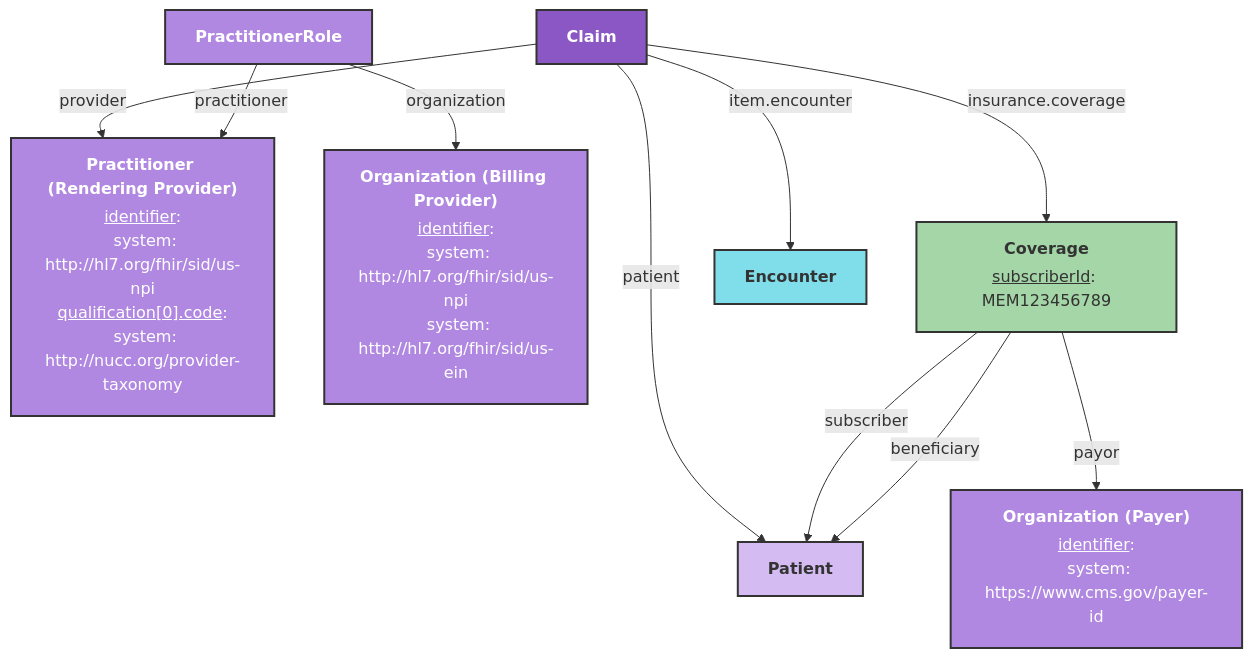
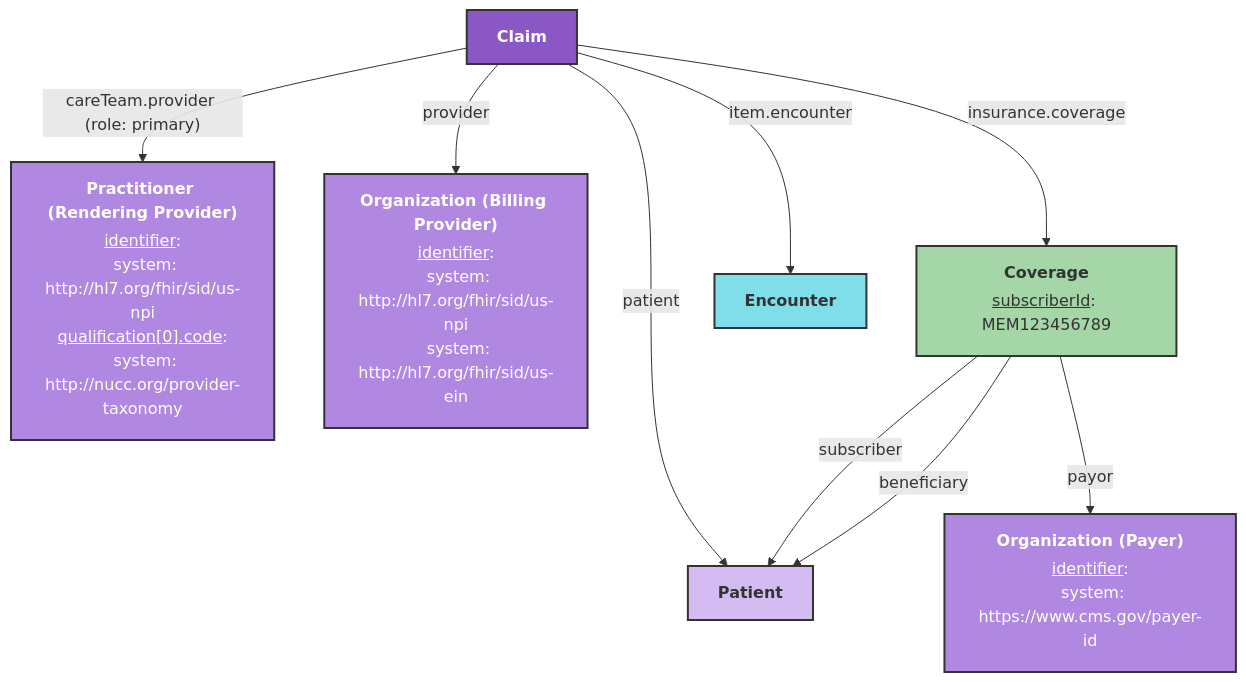
Before and after one commit to medplum/medplum: the diagram in packages/docs/docs/integration/candid/claim-submission.md, drawn with Mermaid. The commit also changed other lines of this file and 1 other file, not shown here.

Commit message:
Update Candid claims billing docs

````diff
--- a/packages/docs/docs/integration/candid/claim-submission.md
+++ b/packages/docs/docs/integration/candid/claim-submission.md
@@ -13,44 +13,39 @@
 ```mermaid
 flowchart TD
     Claim["<div style='text-align: center;'><strong>Claim</strong></div>"]
 
     Patient["<div style='text-align: center;'><strong>Patient</strong></div>"]
 
     Practitioner["<div style='text-align: center;'><strong>Practitioner (Rendering Provider)</strong></div><div style='border: 1px solid #333; padding: 4px; margin: 4px;'><u>identifier</u>:<br>  system: http://hl7.org/fhir/sid/us-npi<br><u>qualification[0].code</u>:<br>  system: http://nucc.org/provider-taxonomy</div>"]
-
-    PractitionerRole["<div style='text-align: center;'><strong>PractitionerRole</strong></div>"]
 
     BillingOrg["<div style='text-align: center;'><strong>Organization (Billing Provider)</strong></div><div style='border: 1px solid #333; padding: 4px; margin: 4px;'><u>identifier</u>:<br>  system: http://hl7.org/fhir/sid/us-npi<br>  system: http://hl7.org/fhir/sid/us-ein</div>"]
 
     PayerOrg["<div style='text-align: center;'><strong>Organization (Payer)</strong></div><div style='border: 1px solid #333; padding: 4px; margin: 4px;'><u>identifier</u>:<br>  system: https://www.cms.gov/payer-id</div>"]
 
     Coverage["<div style='text-align: center;'><strong>Coverage</strong></div><div style='border: 1px solid #333; padding: 4px; margin: 4px;'><u>subscriberId</u>: MEM123456789</div>"]
 
     Encounter["<div style='text-align: center;'><strong>Encounter</strong></div>"]
 
     Claim -->|patient| Patient
-    Claim -->|provider| Practitioner
+    Claim -->|provider| BillingOrg
+    Claim -->|"careTeam.provider (role: primary)"| Practitioner
     Claim -->|insurance.coverage| Coverage
     Claim -->|item.encounter| Encounter
 
     Coverage -->|subscriber| Patient
     Coverage -->|beneficiary| Patient
     Coverage -->|payor| PayerOrg
-
-    PractitionerRole -->|practitioner| Practitioner
-    PractitionerRole -->|organization| BillingOrg
 
     classDef claim fill:#8B57C4,stroke:#333,stroke-width:2px,color:#fff
     classDef organization fill:#B088E1,stroke:#333,stroke-width:2px,color:#fff
     classDef patient fill:#D4BCF2,stroke:#333,stroke-width:2px
     classDef coverage fill:#A5D6A7,stroke:#333,stroke-width:2px
     classDef encounter fill:#80DEEA,stroke:#333,stroke-width:2px
 
     class Claim claim
     class BillingOrg,PayerOrg organization
-    class PractitionerRole organization
     class Patient patient
     class Coverage coverage
     class Encounter encounter
     class Practitioner organization
 ```
````
